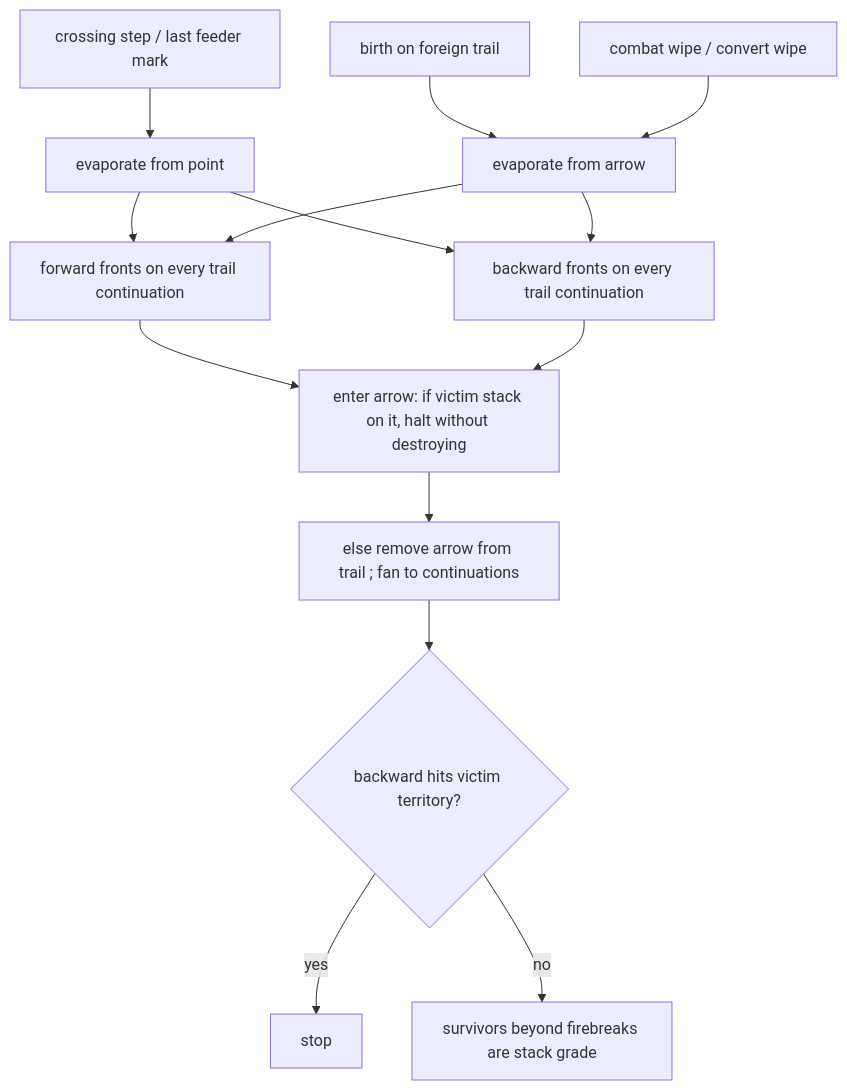
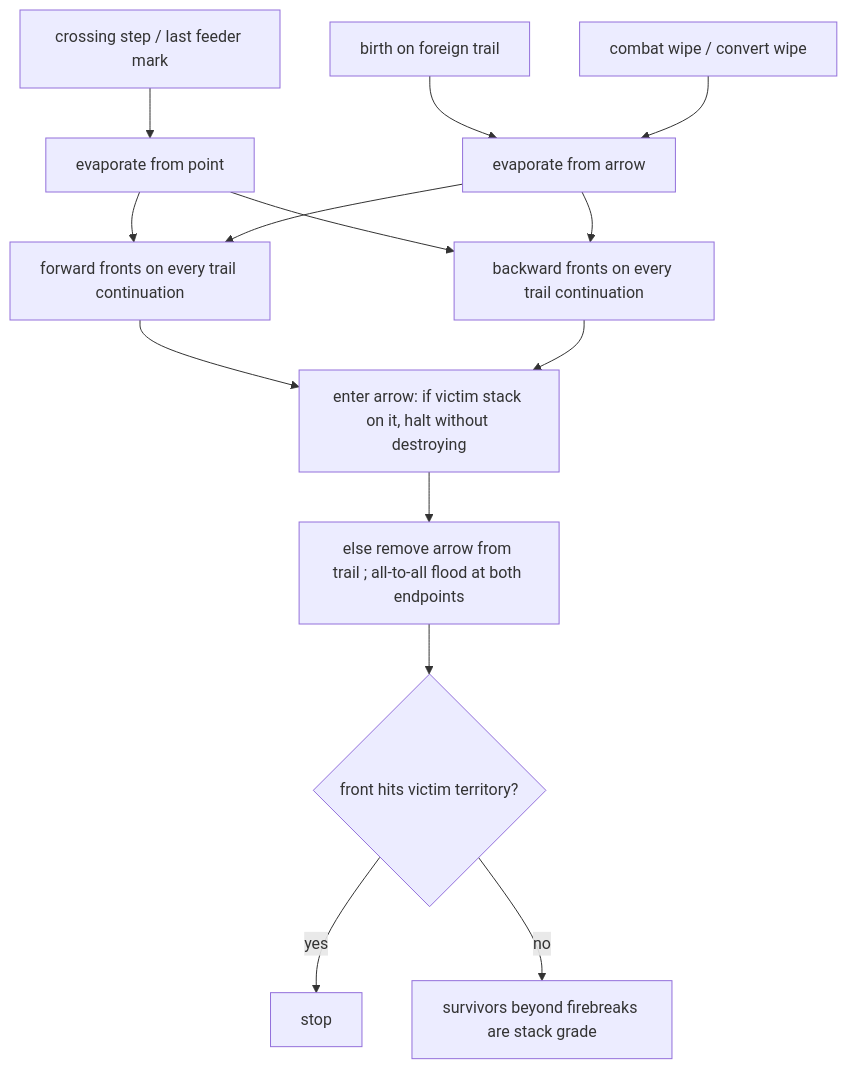
Before and after one commit to hochgi/conquarrow: the diagram in docs/spec/cuts/cuts.md, drawn with Mermaid. The commit also changed other lines of this file and 25 other files, not shown here.

````diff
--- a/docs/spec/cuts/cuts.md
+++ b/docs/spec/cuts/cuts.md
@@ -33,16 +37,16 @@
 ```mermaid
 flowchart TD
   Cross["crossing step / last feeder mark"] --> P["evaporate from point"]
   Birth["birth on foreign trail"] --> A["evaporate from arrow"]
   Wipe["combat wipe / convert wipe"] --> A
   P --> F["forward fronts on every trail continuation"]
   A --> F
   P --> B["backward fronts on every trail continuation"]
   A --> B
   F --> E["enter arrow: if victim stack on it, halt without destroying"]
   B --> E
-  E --> R["else remove arrow from trail #59; fan to continuations"]
-  R --> T{"backward hits victim territory?"}
+  E --> R["else remove arrow from trail #59; all-to-all flood at both endpoints"]
+  R --> T{"front hits victim territory?"}
   T -- yes --> W["stop"]
   T -- no --> D["survivors beyond firebreaks are stack grade"]
 ```
````
